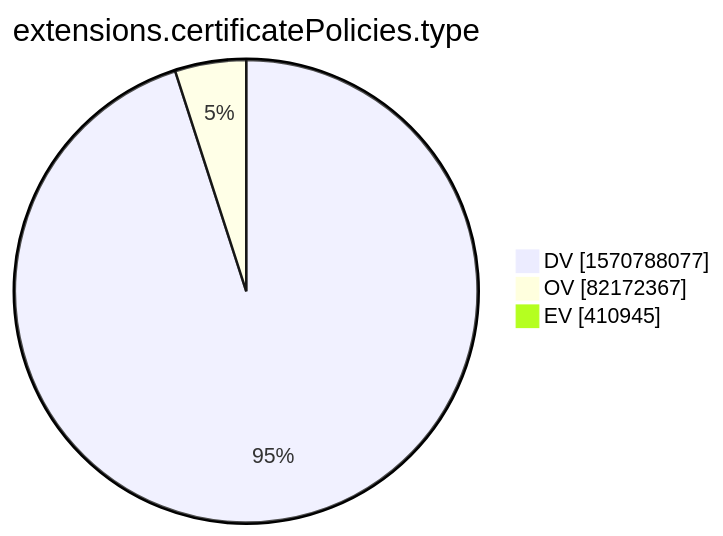
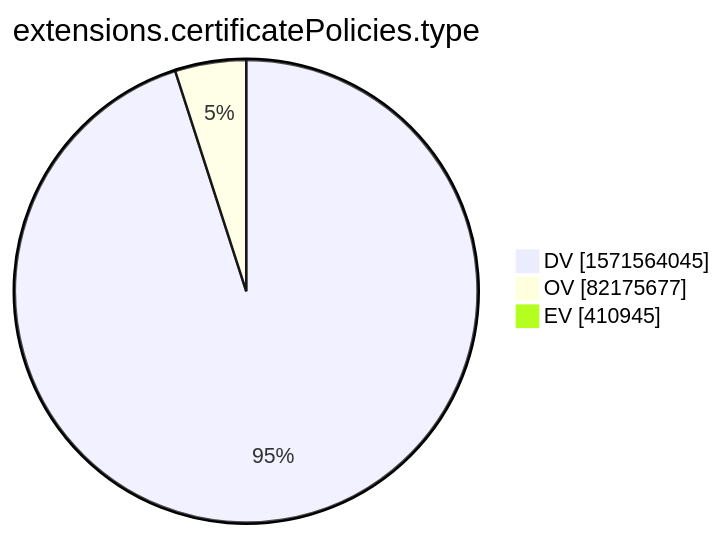
One commit to christiankrug/ctmonitor_visualization changed the tenth of 15 diagrams in xenon2022/README.md. Above: the diagram before and after it, drawn with Mermaid. The commit also changed other lines of this file, not shown here.

````diff
--- a/xenon2022/README.md
+++ b/xenon2022/README.md
@@ -2876,7 +2876,7 @@
 ```mermaid
 pie showData
 title extensions.certificatePolicies.type
-"DV" :1570788077
-"OV" :82172367
+"DV" :1571564045
+"OV" :82175677
 "EV" :410945
 ```
````
